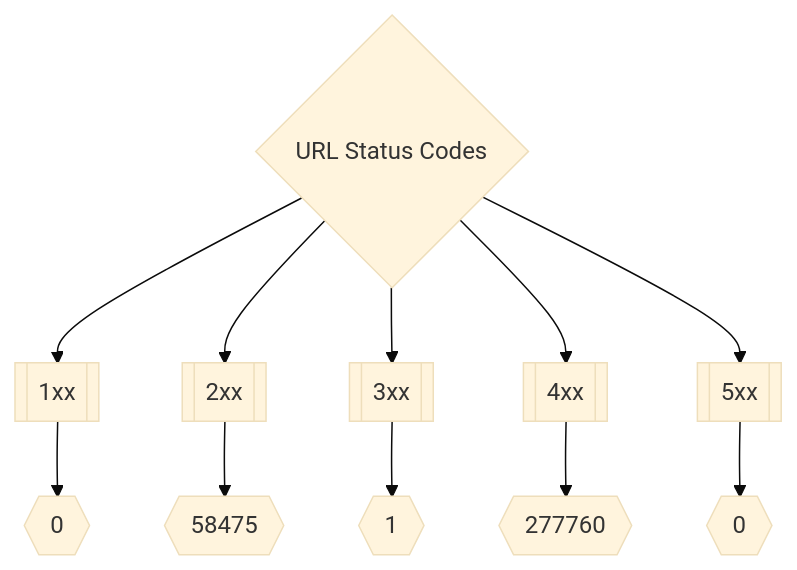
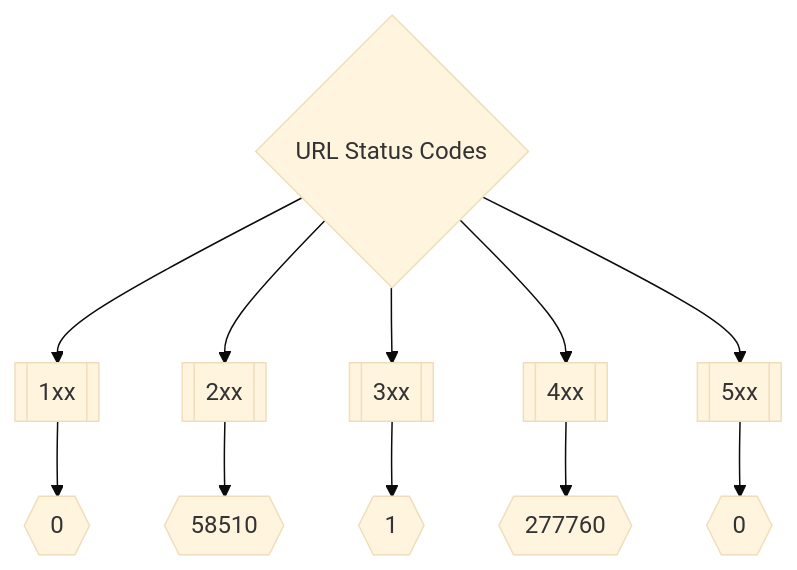
One commit to trickest/inventory changed the second of 3 diagrams in README.md. Above: the diagram before and after it, drawn with Mermaid (base theme). The commit also changed other lines of this file, not shown here.

````diff
--- a/README.md
+++ b/README.md
@@ -173,8 +173,8 @@
 ```mermaid
 graph TD
 title{URL Status Codes} --> 1xx[[1xx]] --> status1xxNum{{0}}
-title --> 2xx[[2xx]] --> status2xxNum{{58475}}
+title --> 2xx[[2xx]] --> status2xxNum{{58510}}
 title --> 3xx[[3xx]] --> status3xxNum{{1}}
 title --> 4xx[[4xx]] --> status4xxNum{{277760}}
 title --> 5xx[[5xx]] --> status5xxNum{{0}}
 ```
````
